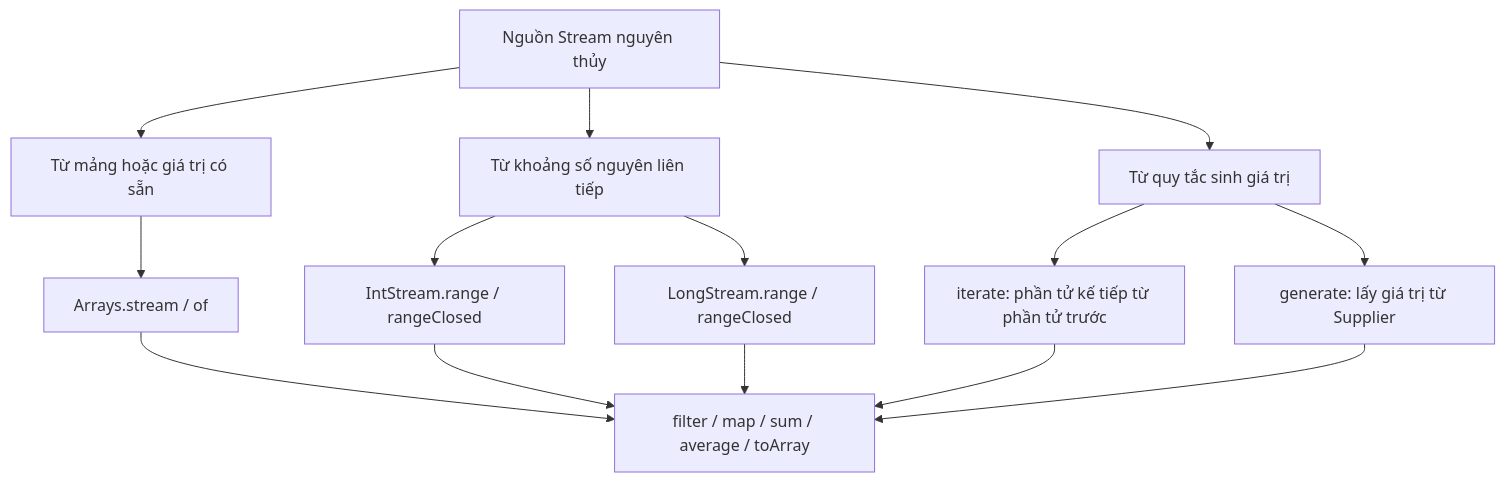
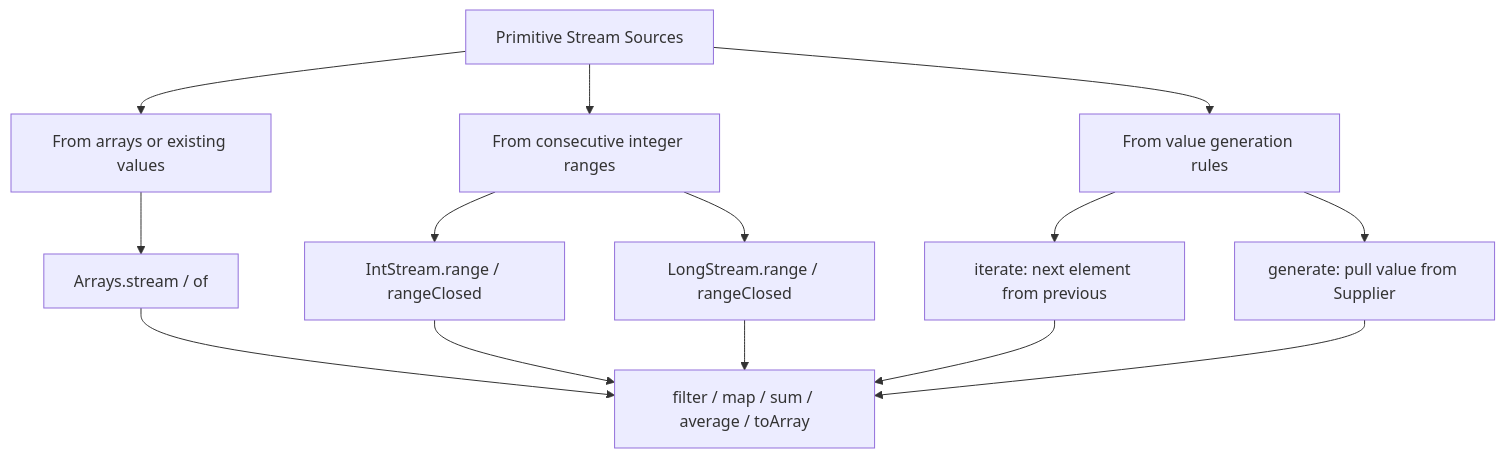
The diagram in module/platform/development/programming/language/java/core/stream-api/content/knowledge/en/9.primitive-streams/primitive-streams-002.md (phuongnguyenit93/learning-platform-data), drawn with Mermaid before and after one commit. The commit also changed other lines of this file and 2307 other files, not shown here.

```diff
--- a/module/platform/development/programming/language/java/core/stream-api/content/knowledge/en/9.primitive-streams/primitive-streams-002.md
+++ b/module/platform/development/programming/language/java/core/stream-api/content/knowledge/en/9.primitive-streams/primitive-streams-002.md
@@ -39,16 +39,16 @@
 ~~~mermaid
 flowchart TD
-    A["Nguồn Stream nguyên thủy"] --> B["Từ mảng hoặc giá trị có sẵn"]
-    A --> C["Từ khoảng số nguyên liên tiếp"]
-    A --> D["Từ quy tắc sinh giá trị"]
+    A["Primitive Stream Sources"] --> B["From arrays or existing values"]
+    A --> C["From consecutive integer ranges"]
+    A --> D["From value generation rules"]
     B --> E["Arrays.stream / of"]
     C --> F["IntStream.range / rangeClosed"]
     C --> G["LongStream.range / rangeClosed"]
-    D --> H["iterate: phần tử kế tiếp từ phần tử trước"]
-    D --> I["generate: lấy giá trị từ Supplier"]
+    D --> H["iterate: next element from previous"]
+    D --> I["generate: pull value from Supplier"]
     E --> J["filter / map / sum / average / toArray"]
     F --> J
     G --> J
     H --> J
     I --> J
 ~~~
```
